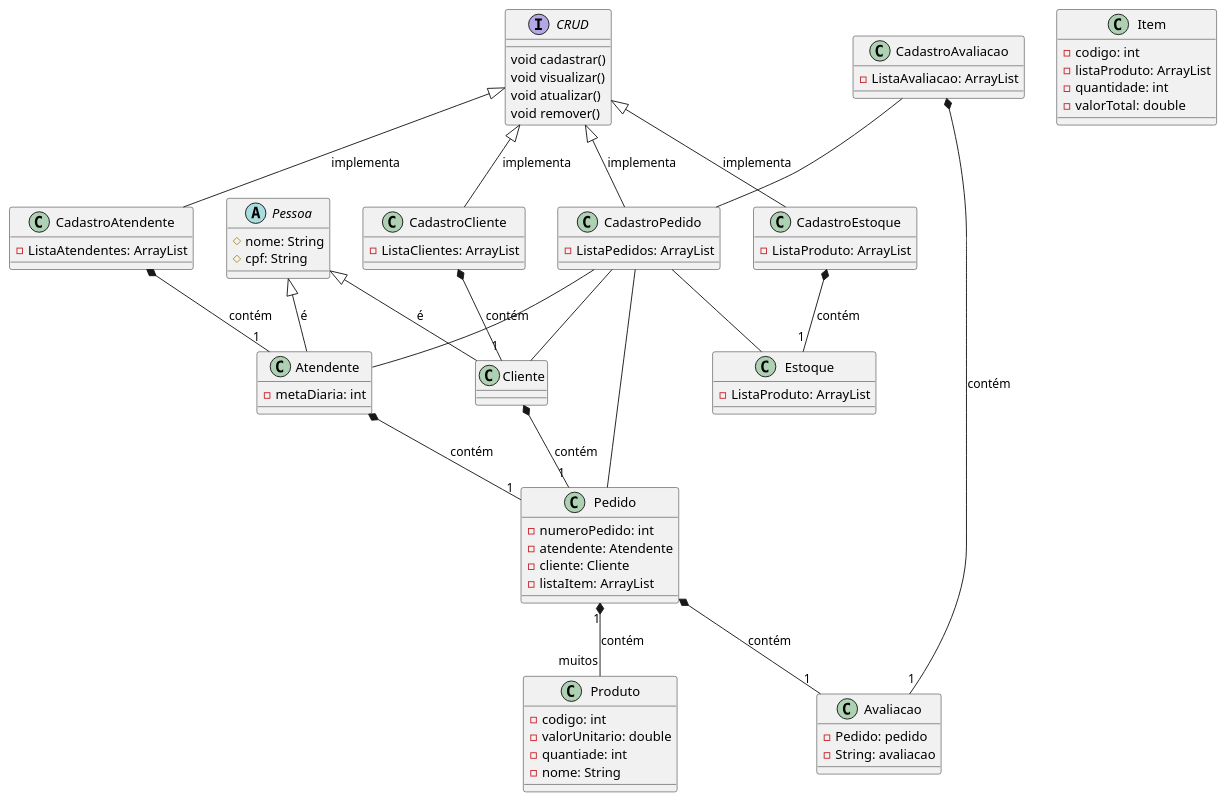
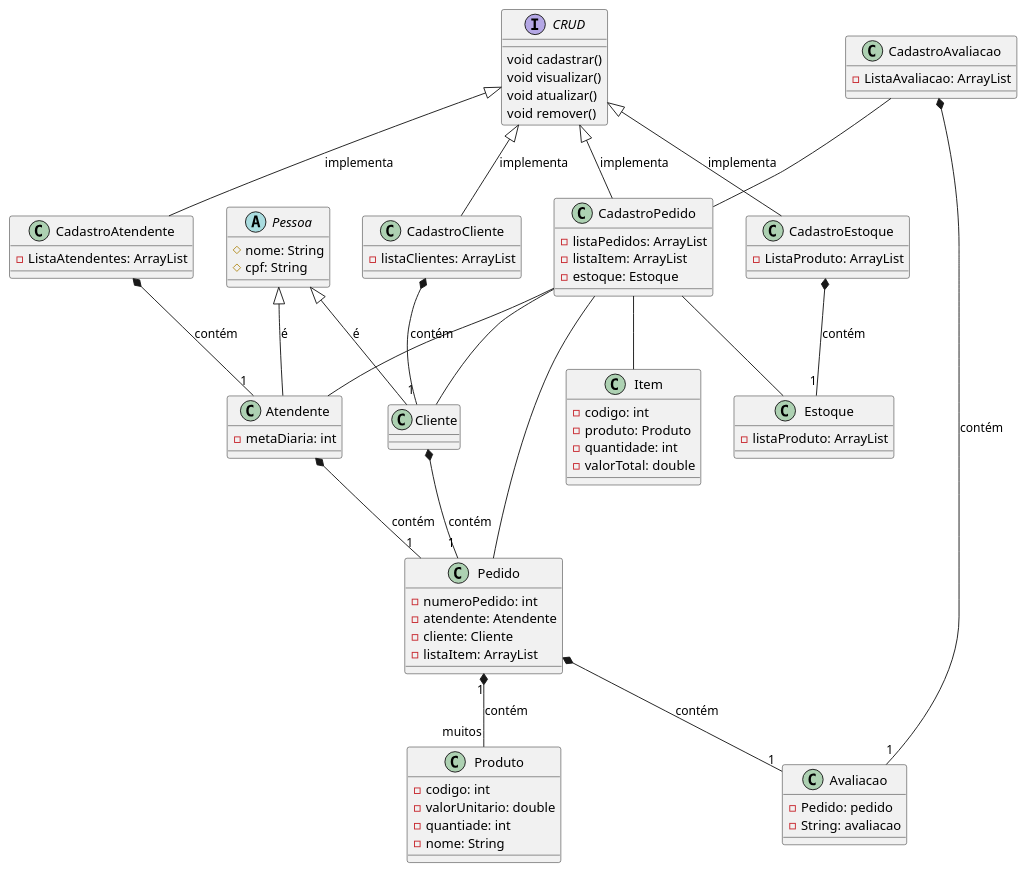
The diagram in ads3/poo/Semana7/aula01/lanchonete.plantuml (felipesoares-tech/ads), drawn with PlantUML before and after one commit. The commit also changed 1 other file, not shown here.

```diff
--- a/ads3/poo/Semana7/aula01/lanchonete.plantuml
+++ b/ads3/poo/Semana7/aula01/lanchonete.plantuml
@@ -1,90 +1,94 @@
 @startuml lanchonete
 abstract Class Pessoa{
     #nome: String
     #cpf: String
 }
 Class Pedido{
     -numeroPedido: int
     -atendente: Atendente
     -cliente: Cliente
     -listaItem: ArrayList
 }
 Class Avaliacao{
     -Pedido: pedido
     -String: avaliacao
 }
 
 Interface CRUD{
     void cadastrar()
     void visualizar()
     void atualizar()
     void remover()
 }
 
 Class Item{
     -codigo: int
-    -listaProduto: ArrayList
+    -produto: Produto
     -quantidade: int
     -valorTotal: double
 }
 
 Class Produto{
     -codigo: int
     -valorUnitario: double
     -quantiade: int
     -nome: String
 }
 
 Class Estoque{
-    -ListaProduto: ArrayList
+    -listaProduto: ArrayList
 }
 
 
 Class Cliente{
 
 }
 
 Class Atendente{
     -metaDiaria: int
 }
 
 Class CadastroCliente{
-    -ListaClientes: ArrayList
+    -listaClientes: ArrayList
 }
 
 Class CadastroPedido{
-    -ListaPedidos: ArrayList
+    -listaPedidos: ArrayList
+    -listaItem: ArrayList
+    -estoque: Estoque
+
 }
 
 Class CadastroAtendente{
     -ListaAtendentes: ArrayList
 }
 
 Class CadastroEstoque{
     -ListaProduto: ArrayList
 }
 
 Class CadastroAvaliacao{
     -ListaAvaliacao: ArrayList
 }
 
 Pessoa <|-- Cliente: é
 Pessoa <|-- Atendente: é
 CRUD <|-- CadastroCliente: implementa
 CRUD <|-- CadastroAtendente: implementa
 CRUD <|-- CadastroEstoque: implementa
 CRUD <|-- CadastroPedido: implementa
 Cliente *-- "1" Pedido: contém
 Pedido "1" *-- "muitos" Produto : contém
 Atendente *-- "1" Pedido: contém
 Pedido *-- "1" Avaliacao: contém
 CadastroPedido -- Cliente
 CadastroPedido -- Atendente
+CadastroPedido -- Item
 CadastroPedido -- Pedido
 CadastroPedido -- Estoque
 CadastroCliente *-- "1" Cliente: contém
 CadastroAtendente *-- "1" Atendente: contém
 CadastroEstoque *-- "1" Estoque: contém
 CadastroAvaliacao *-- "1" Avaliacao: contém
 CadastroAvaliacao -- CadastroPedido
 @enduml
```
